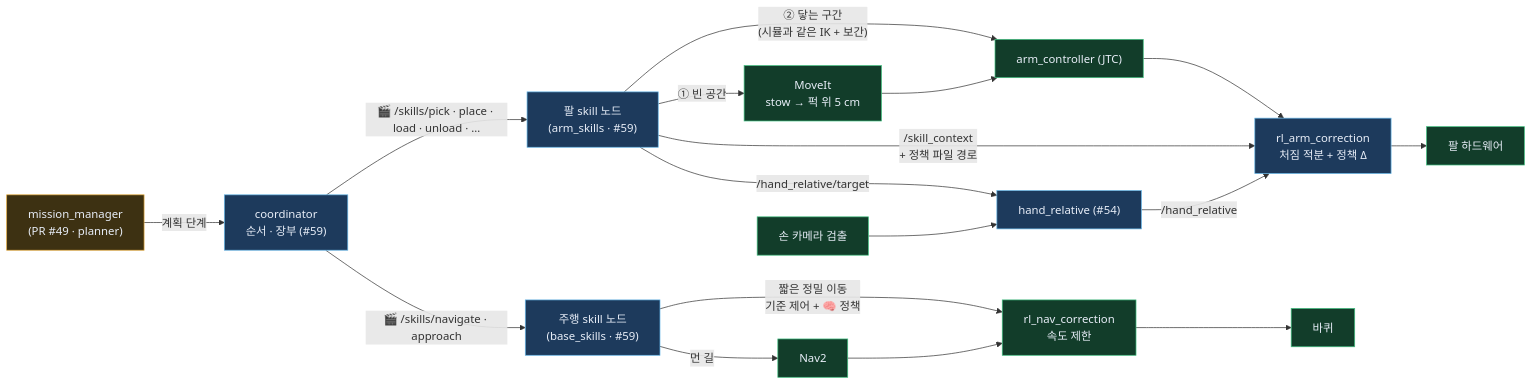
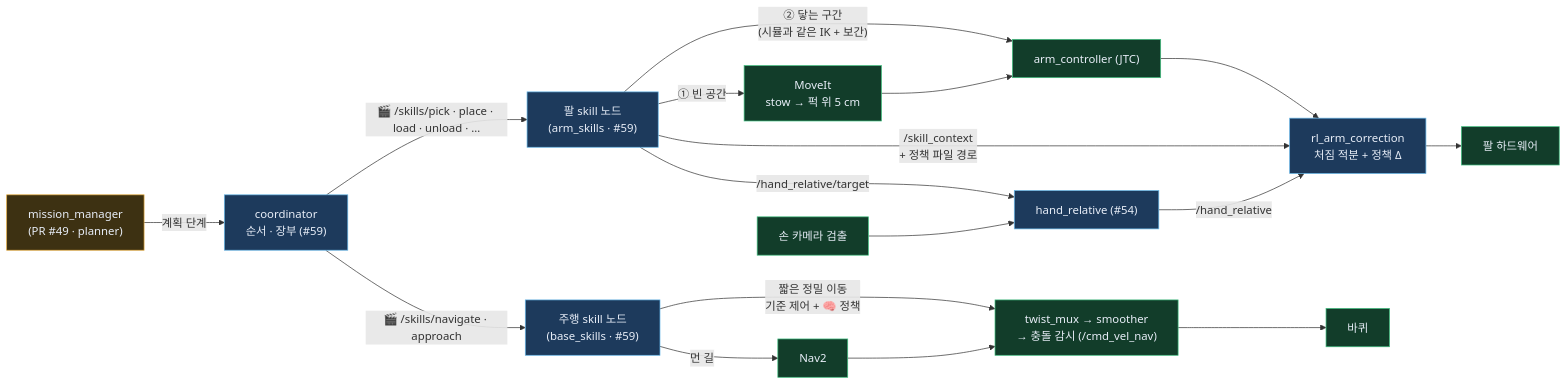
One commit to JuneKunst/JuneKunst.github.io changed the third of 9 diagrams in bee/system-map.md. Above: the diagram before and after it, drawn with Mermaid. The commit also changed other lines of this file and 6 other files, not shown here.

Commit message:
bee: 11-06 진행 — 새 stow 재평가 · 위치 추정 측정 · PR #73 · 주행 경로를 지금 구조로 (rl_nav_correction 삭제 반영)

````diff
--- a/bee/system-map.md
+++ b/bee/system-map.md
@@ -79,20 +79,20 @@
 ```mermaid
 flowchart LR
   g3_MM["mission_manager<br/>(PR #49 · planner)"]:::wip -->|"계획 단계"| g3_CO["coordinator<br/>순서 · 장부 (#59)"]:::code
   g3_CO -->|"🎬 /skills/pick · place · load · unload · …"| g3_AS["팔 skill 노드<br/>(arm_skills · #59)"]:::code
   g3_CO -->|"🎬 /skills/navigate · approach"| g3_BS["주행 skill 노드<br/>(base_skills · #59)"]:::code
   g3_AS -->|"① 빈 공간"| g3_MV["MoveIt<br/>stow → 퍽 위 5 cm"]:::ok
   g3_AS -->|"② 닿는 구간<br/>(시뮬과 같은 IK + 보간)"| g3_JTC["arm_controller (JTC)"]:::ok
   g3_MV --> g3_JTC
   g3_JTC --> g3_RC["rl_arm_correction<br/>처짐 적분 + 정책 Δ"]:::code
   g3_RC --> g3_HW["팔 하드웨어"]:::ok
   g3_AS -->|"/skill_context<br/>+ 정책 파일 경로"| g3_RC
   g3_AS -->|"/hand_relative/target"| g3_HR["hand_relative (#54)"]:::code
   g3_CAM["손 카메라 검출"]:::ok --> g3_HR -->|"/hand_relative"| g3_RC
   g3_BS -->|"먼 길"| g3_NAV["Nav2"]:::ok
-  g3_BS -->|"짧은 정밀 이동<br/>기준 제어 + 🧠 정책"| g3_NC["rl_nav_correction<br/>속도 제한"]:::ok
+  g3_BS -->|"짧은 정밀 이동<br/>기준 제어 + 🧠 정책"| g3_NC["twist_mux → smoother<br/>→ 충돌 감시 (/cmd_vel_nav)"]:::ok
   g3_NAV --> g3_NC --> g3_BASE["바퀴"]:::ok
   classDef ok fill:#123d2a,stroke:#3fbf7f,color:#e8eef8
   classDef code fill:#1d3a5c,stroke:#67b7e8,color:#e8eef8
   classDef wip fill:#3d3112,stroke:#e2a83a,color:#e8eef8
 ```
````
